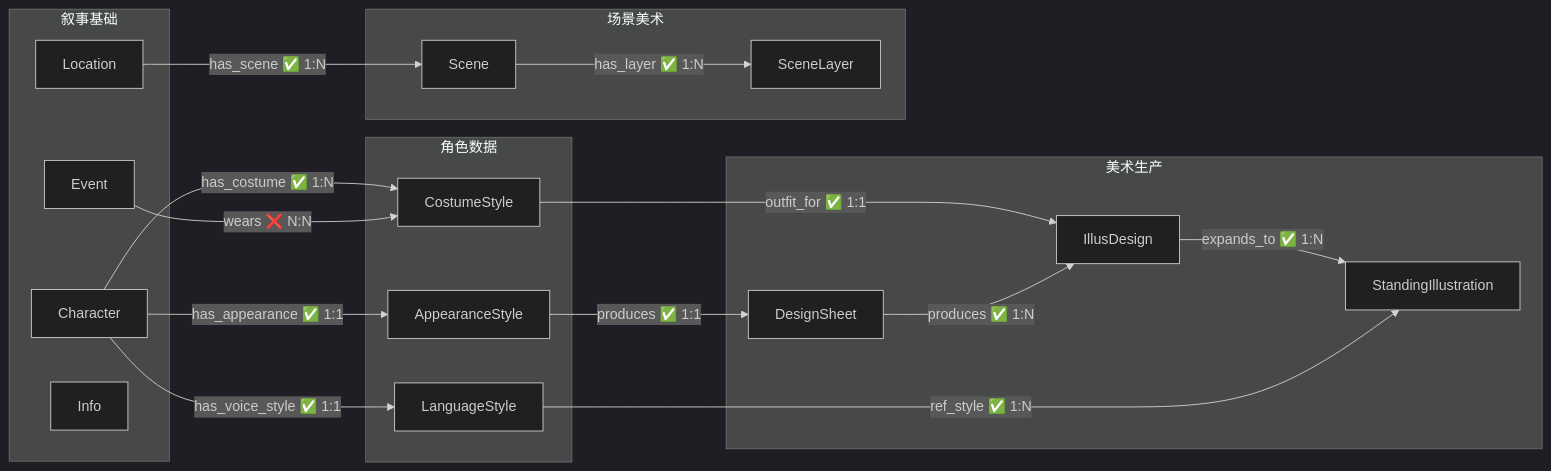
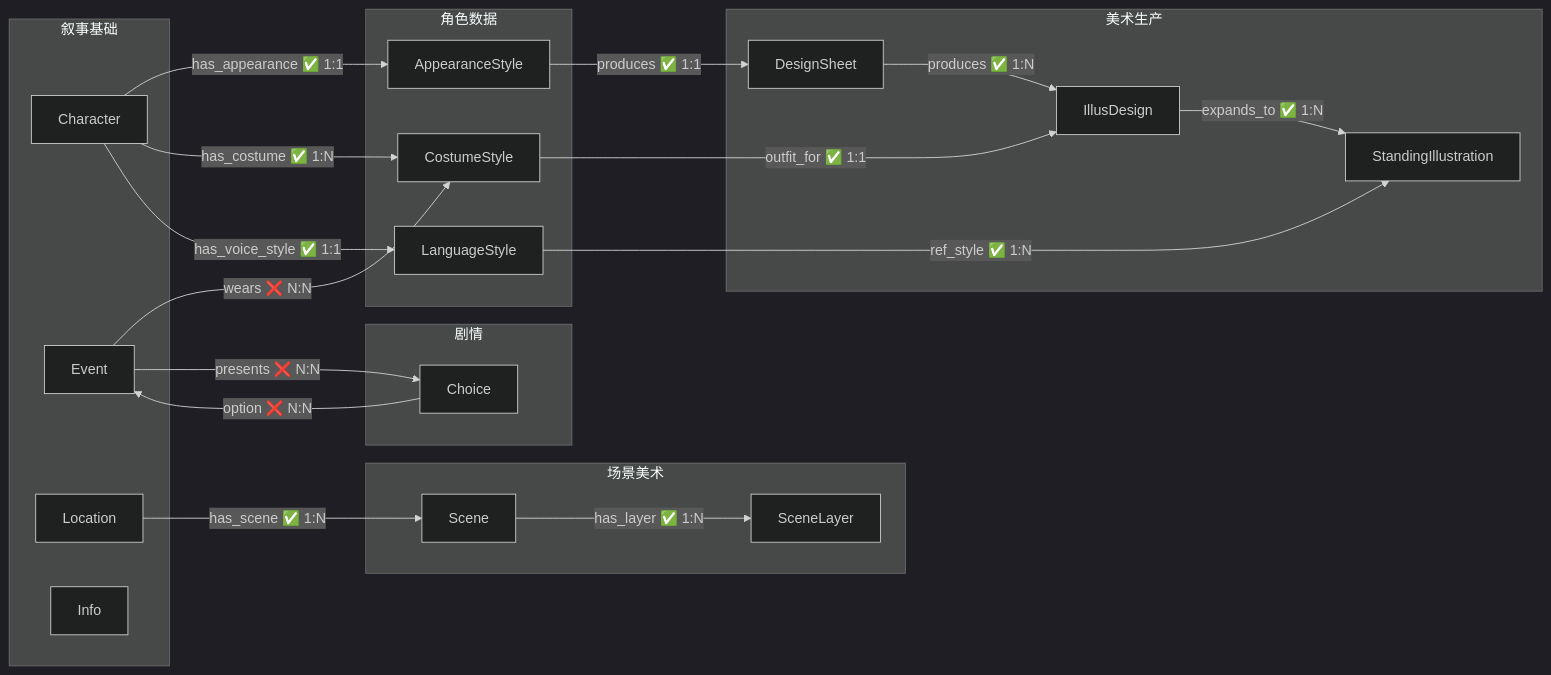
One commit to CrazyJinn/OtheredGlass changed the diagram in 00_init/Schema总览.md. Above: the diagram before and after it, drawn with Mermaid (dark theme). The commit also changed other lines of this file and 8 other files, not shown here.

````diff
--- a/00_init/Schema总览.md
+++ b/00_init/Schema总览.md
@@ -80,38 +85,44 @@
 ```mermaid
 flowchart LR
     subgraph 叙事["叙事基础"]
         Character["Character"]
         Event["Event"]
         Location["Location"]
         Info["Info"]
     end
 
     subgraph 角色数据["角色数据"]
         Appearance["AppearanceStyle"]
         Costume["CostumeStyle"]
         Language["LanguageStyle"]
     end
 
     subgraph 美术生产["美术生产"]
         DesignSheet["DesignSheet"]
         IllusDesign["IllusDesign"]
         StandingIllus["StandingIllustration"]
     end
 
     subgraph 场景美术["场景美术"]
         Scene["Scene"]
         SceneLayer["SceneLayer"]
     end
 
+    subgraph 剧情["剧情"]
+        Choice["Choice"]
+    end
+
     Character -->|"has_appearance ✅ 1:1"| Appearance
     Character -->|"has_costume ✅ 1:N"| Costume
     Character -->|"has_voice_style ✅ 1:1"| Language
     Appearance -->|"produces ✅ 1:1"| DesignSheet
     Costume -->|"outfit_for ✅ 1:1"| IllusDesign
     DesignSheet -->|"produces ✅ 1:N"| IllusDesign
     Event -->|"wears ❌ N:N"| Costume
+    Event -->|"presents ❌ N:N"| Choice
+    Choice -->|"option ❌ N:N"| Event
     IllusDesign -->|"expands_to ✅ 1:N"| StandingIllus
     Language -->|"ref_style ✅ 1:N"| StandingIllus
     Location -->|"has_scene ✅ 1:N"| Scene
     Scene -->|"has_layer ✅ 1:N"| SceneLayer
 ```
````
